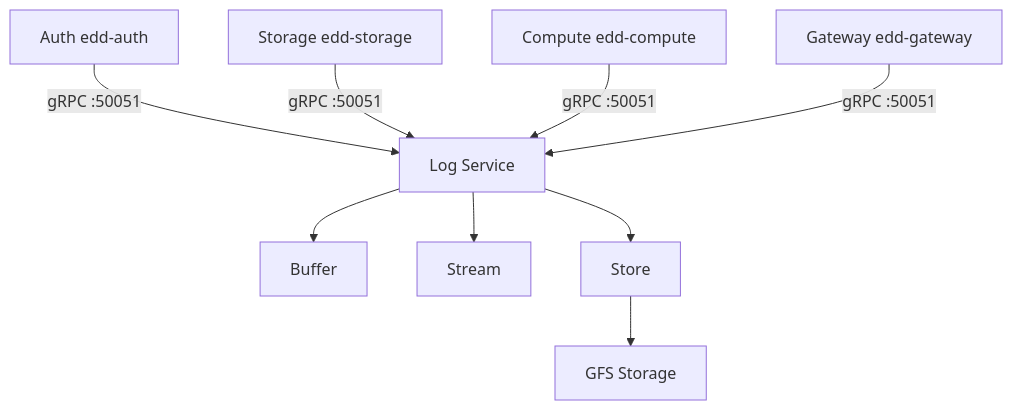
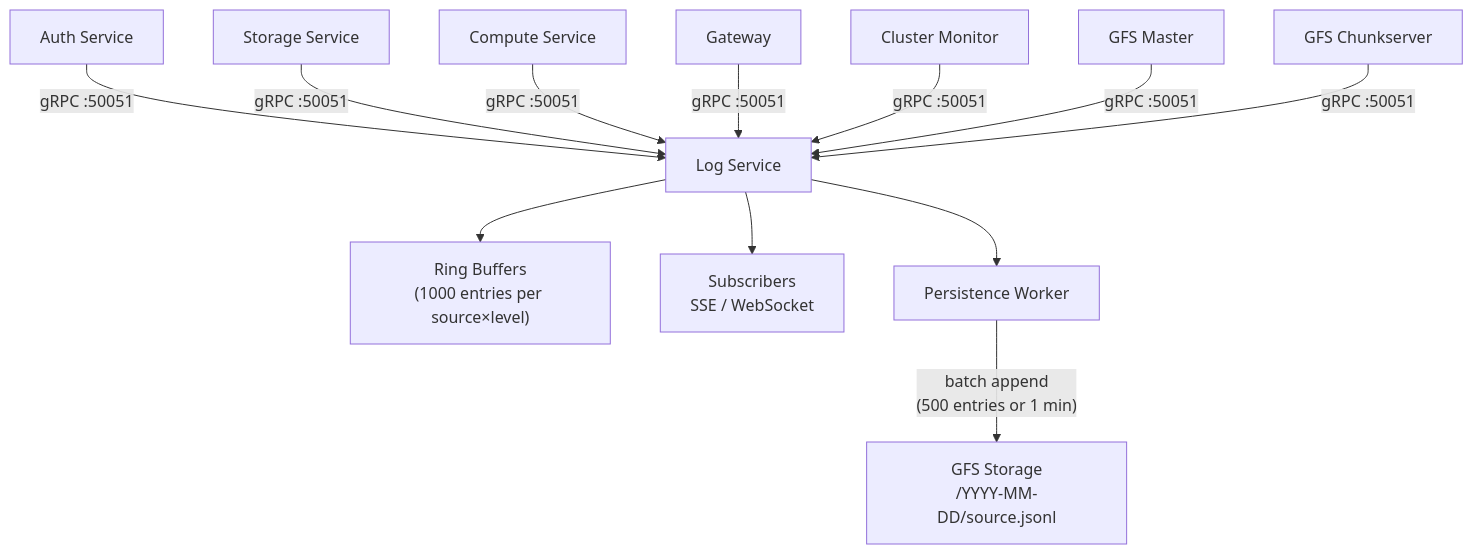
Before and after one commit to EddisonSo/cloud: the diagram in edd-cloud-docs/docs/services/logging.md, drawn with Mermaid. The commit also changed other lines of this file, not shown here.

First line of the commit message:
docs(logging): update log service docs with storage model and architecture

````diff
--- a/edd-cloud-docs/docs/services/logging.md
+++ b/edd-cloud-docs/docs/services/logging.md
@@ -19,13 +19,16 @@
 ```mermaid
 flowchart TB
-    Auth[Auth edd-auth] -->|gRPC :50051| LogService[Log Service]
-    Storage[Storage edd-storage] -->|gRPC :50051| LogService
-    Compute[Compute edd-compute] -->|gRPC :50051| LogService
-    Gateway[Gateway edd-gateway] -->|gRPC :50051| LogService
+    Auth[Auth Service] -->|gRPC :50051| LS[Log Service]
+    Storage[Storage Service] -->|gRPC :50051| LS
+    Compute[Compute Service] -->|gRPC :50051| LS
+    Gateway[Gateway] -->|gRPC :50051| LS
+    CM[Cluster Monitor] -->|gRPC :50051| LS
+    GFSMaster[GFS Master] -->|gRPC :50051| LS
+    GFSChunk[GFS Chunkserver] -->|gRPC :50051| LS
 
-    LogService --> Buffer[Buffer]
-    LogService --> Stream[Stream]
-    LogService --> Store[Store]
+    LS --> RB["Ring Buffers<br/>(1000 entries per source×level)"]
+    LS --> Sub[Subscribers<br/>SSE / WebSocket]
+    LS --> PW[Persistence Worker]
 
-    Store --> GFS[GFS Storage]
+    PW -->|"batch append<br/>(500 entries or 1 min)"| GFS[GFS Storage<br/>/YYYY-MM-DD/source.jsonl]
 ```
````
